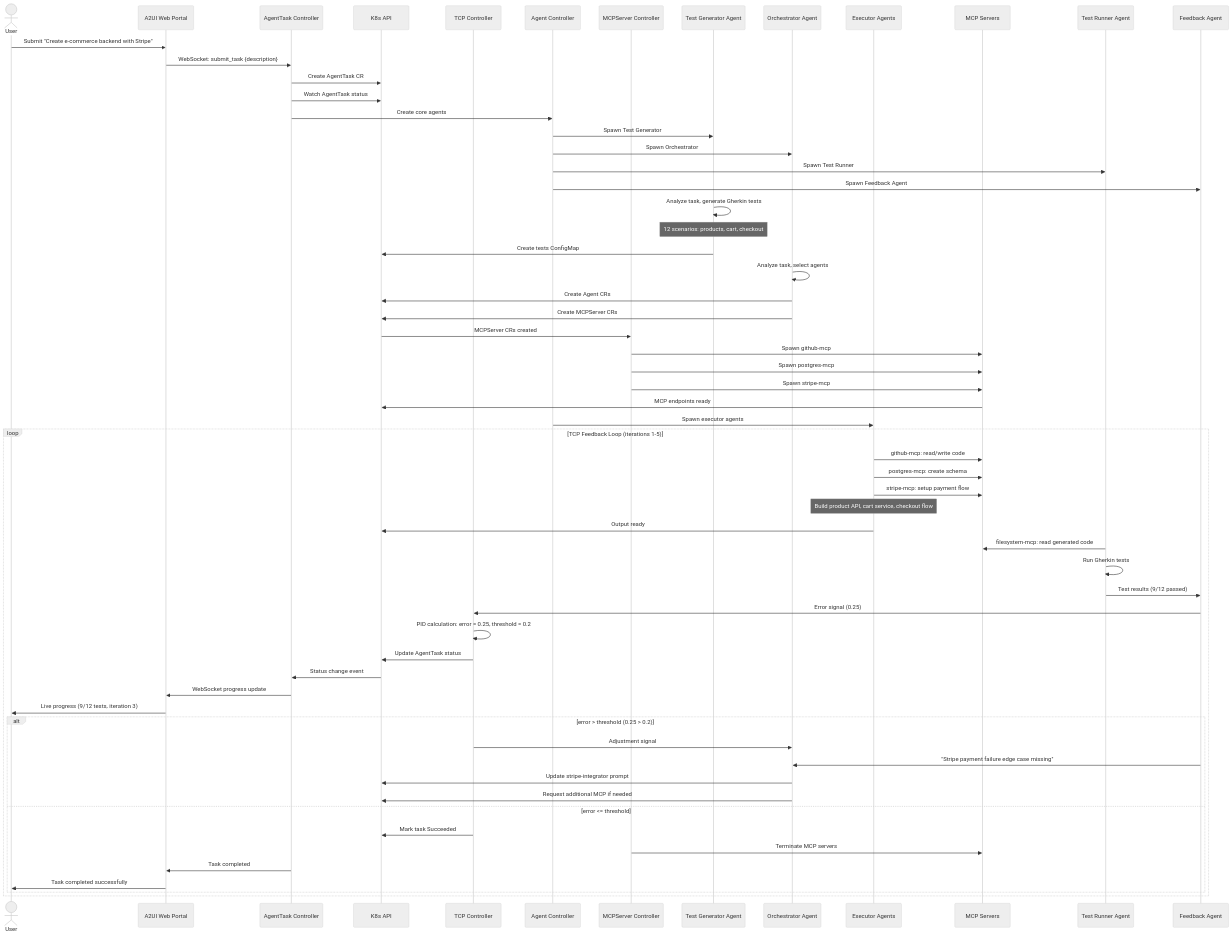
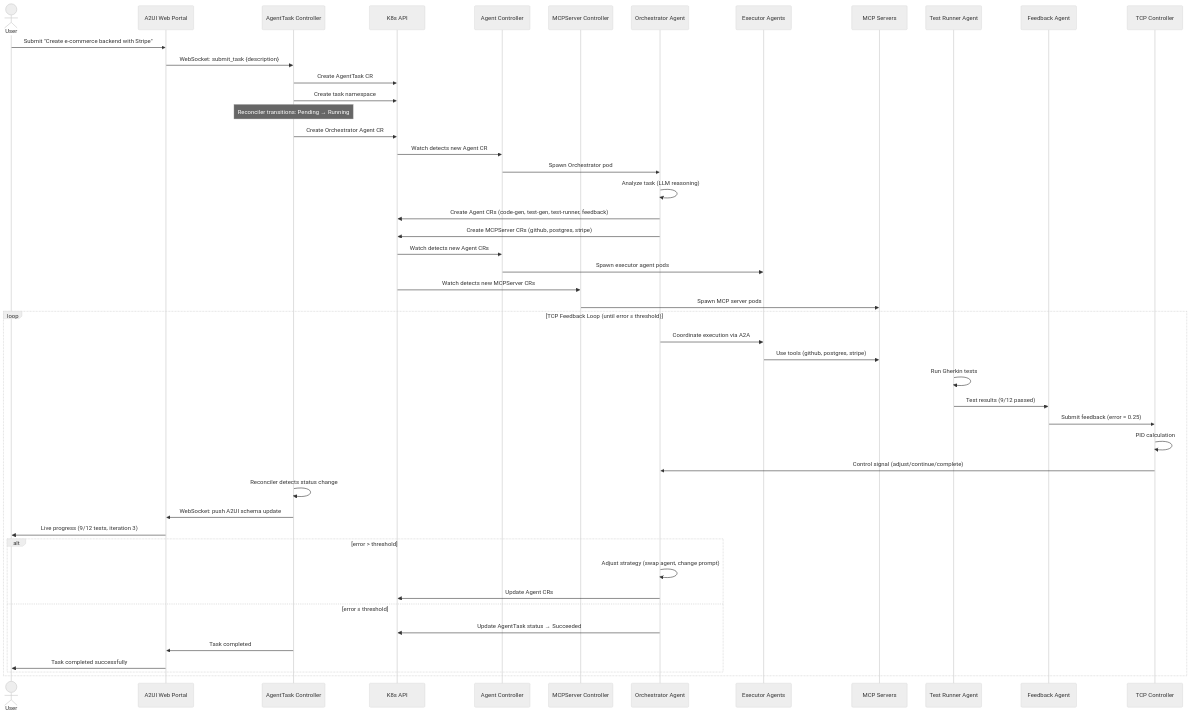
The third of 4 diagrams in docs/arch/05-k8s-deployment.md (dshcherbatiuk/forgemaster), drawn with Mermaid (neutral theme) before and after one commit. The commit also changed other lines of this file and 1 other file, not shown here.

Commit message:
docs: Reorder phases and fix reconciliation loop diagram
- Phase 2: Agent Runtime & Core Agents (agents before TCP Controller)
- Phase 3: Feedback Loop & Protocols (TCP needs agent test results)
- Remove dry-run mock service and all dry-run references
- Fix reconciliation sequence diagram: Orchestrator (LLM) decides
  which agents to create, controllers react via K8s watch

````diff
--- a/docs/arch/05-k8s-deployment.md
+++ b/docs/arch/05-k8s-deployment.md
@@ -397,69 +397,57 @@
 ```mermaid
 sequenceDiagram
     actor U as User
     participant WEB as A2UI Web Portal
     participant ATC as AgentTask Controller
     participant API as K8s API
-    participant TCPC as TCP Controller
     participant AGC as Agent Controller
     participant MCPC as MCPServer Controller
-    participant TGA as Test Generator Agent
     participant OA as Orchestrator Agent
     participant EX as Executor Agents
     participant MCP as MCP Servers
     participant TRA as Test Runner Agent
     participant FBA as Feedback Agent
+    participant TCPC as TCP Controller
 
     U->>WEB: Submit "Create e-commerce backend with Stripe"
     WEB->>ATC: WebSocket: submit_task {description}
     ATC->>API: Create AgentTask CR
-    ATC->>API: Watch AgentTask status
+    ATC->>API: Create task namespace
 
-    ATC->>AGC: Create core agents
-    AGC->>TGA: Spawn Test Generator
-    AGC->>OA: Spawn Orchestrator
-    AGC->>TRA: Spawn Test Runner
-    AGC->>FBA: Spawn Feedback Agent
+    Note over ATC: Reconciler transitions: Pending → Running
 
-    TGA->>TGA: Analyze task, generate Gherkin tests
-    Note over TGA: 12 scenarios: products, cart, checkout
-    TGA->>API: Create tests ConfigMap
+    ATC->>API: Create Orchestrator Agent CR
+    API->>AGC: Watch detects new Agent CR
+    AGC->>OA: Spawn Orchestrator pod
 
-    OA->>OA: Analyze task, select agents
-    OA->>API: Create Agent CRs
-    OA->>API: Create MCPServer CRs
-    API->>MCPC: MCPServer CRs created
-    MCPC->>MCP: Spawn github-mcp
-    MCPC->>MCP: Spawn postgres-mcp
-    MCPC->>MCP: Spawn stripe-mcp
-    MCP->>API: MCP endpoints ready
-    AGC->>EX: Spawn executor agents
+    OA->>OA: Analyze task (LLM reasoning)
+    OA->>API: Create Agent CRs (code-gen, test-gen, test-runner, feedback)
+    OA->>API: Create MCPServer CRs (github, postgres, stripe)
+    API->>AGC: Watch detects new Agent CRs
+    AGC->>EX: Spawn executor agent pods
+    API->>MCPC: Watch detects new MCPServer CRs
+    MCPC->>MCP: Spawn MCP server pods
 
-    loop TCP Feedback Loop (iterations 1-5)
-        EX->>MCP: github-mcp: read/write code
-        EX->>MCP: postgres-mcp: create schema
-        EX->>MCP: stripe-mcp: setup payment flow
-        Note over EX: Build product API, cart service, checkout flow
-        EX->>API: Output ready
-        TRA->>MCP: filesystem-mcp: read generated code
+    loop TCP Feedback Loop (until error ≤ threshold)
+        OA->>EX: Coordinate execution via A2A
+        EX->>MCP: Use tools (github, postgres, stripe)
         TRA->>TRA: Run Gherkin tests
         TRA->>FBA: Test results (9/12 passed)
-        FBA->>TCPC: Error signal (0.25)
-        TCPC->>TCPC: PID calculation: error = 0.25, threshold = 0.2
-        TCPC->>API: Update AgentTask status
-        API->>ATC: Status change event
-        ATC->>WEB: WebSocket progress update
+        FBA->>TCPC: Submit feedback (error = 0.25)
+        TCPC->>TCPC: PID calculation
+        TCPC->>OA: Control signal (adjust/continue/complete)
+
+        ATC->>ATC: Reconciler detects status change
+        ATC->>WEB: WebSocket: push A2UI schema update
         WEB->>U: Live progress (9/12 tests, iteration 3)
-        alt error > threshold (0.25 > 0.2)
-            TCPC->>OA: Adjustment signal
-            FBA->>OA: "Stripe payment failure edge case missing"
-            OA->>API: Update stripe-integrator prompt
-            OA->>API: Request additional MCP if needed
-        else error <= threshold
-            TCPC->>API: Mark task Succeeded
-            MCPC->>MCP: Terminate MCP servers
+
+        alt error > threshold
+            OA->>OA: Adjust strategy (swap agent, change prompt)
+            OA->>API: Update Agent CRs
+        else error ≤ threshold
+            OA->>API: Update AgentTask status → Succeeded
             ATC->>WEB: Task completed
             WEB->>U: Task completed successfully
         end
     end
 ```
````
